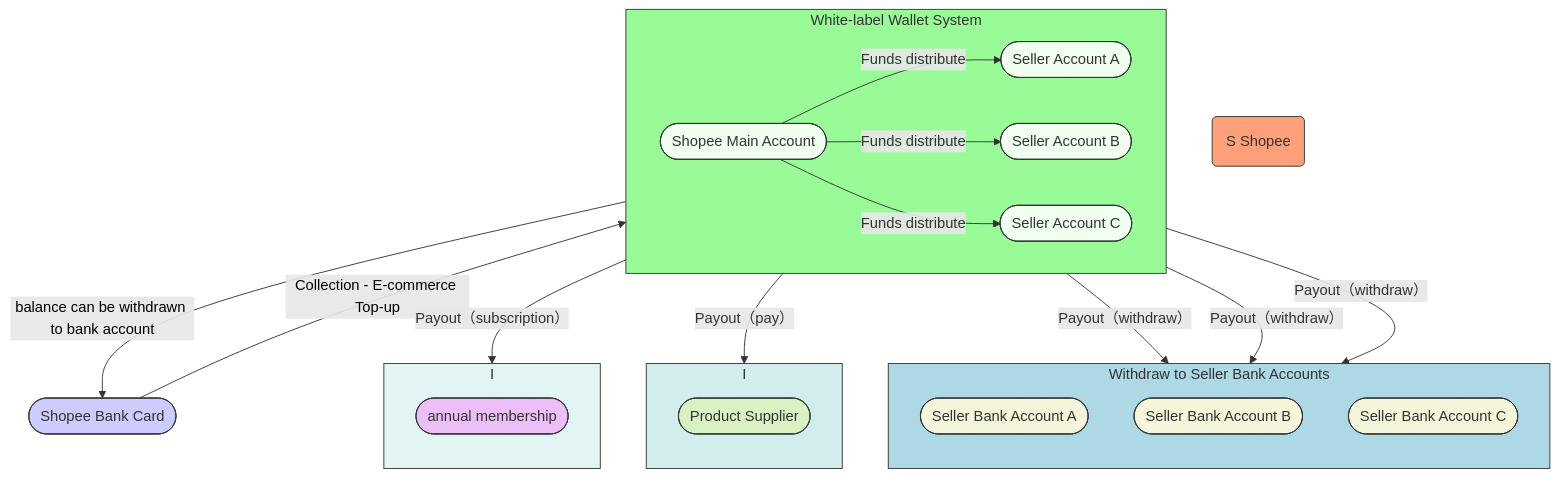
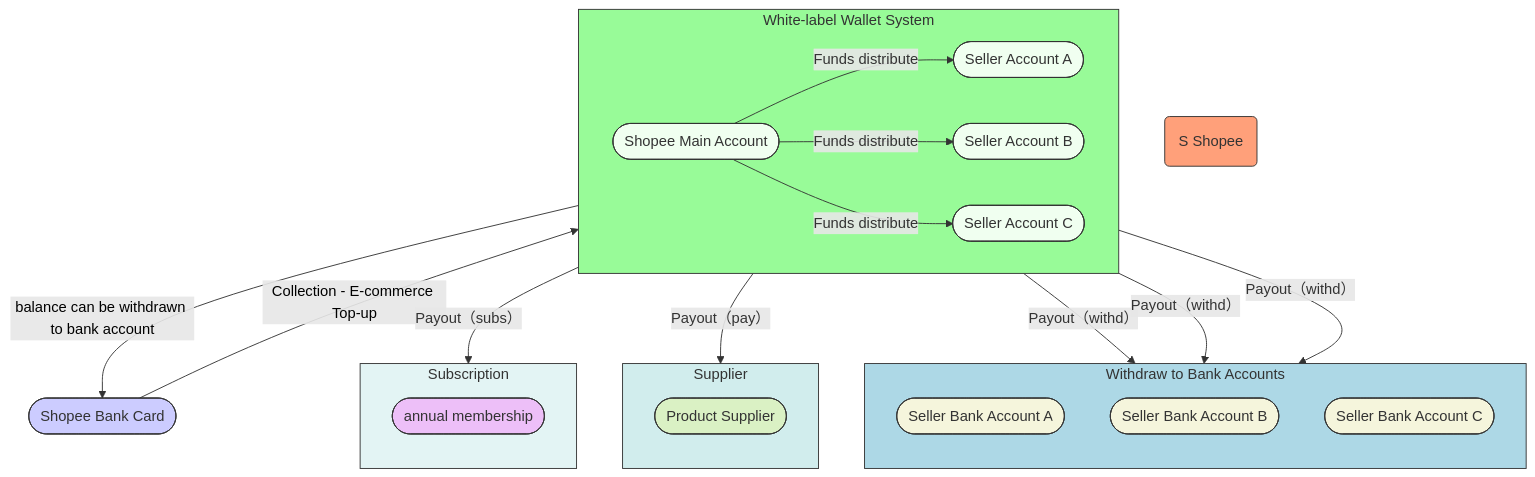
The second of 2 diagrams in README.md (blaire101/data-warehouse-solutions), drawn with Mermaid before and after one commit. The commit also changed other lines of this file, not shown here.

````diff
--- a/README.md
+++ b/README.md
@@ -86,69 +86,69 @@
 ```mermaid
 graph TD
     %% Left side entities - Shopee above Shopee Bank Card
     Shopee(S Shopee)
     style Shopee fill:#FFA07A,stroke:#333,stroke-width:2px %% Adjusted to comfortable orange-yellow
     ShopeeBankCard([Shopee Bank Card])
     style ShopeeBankCard fill:#ccf,stroke:#333,stroke-width:2px %% Keep light blue for the card
 
     %% Central green box - White-label Official Wallet
     subgraph SG_Wallet_T["White-label Wallet System"]
         direction LR %% Internal layout is more left-to-right
         style SG_Wallet_T fill:#98FB98,stroke:#333,stroke-width:2px %% Changed to light green
         SMA([Shopee Main Account])
         style SMA fill:#F0FFF0,stroke:#333,stroke-width:2px %% Keep very pale green
         SA_A([Seller Account A])
         style SA_A fill:#F0FFF0,stroke:#333,stroke-width:2px %% Keep very pale green
         SA_B([Seller Account B])
         style SA_B fill:#F0FFF0,stroke:#333,stroke-width:2px %% Keep very pale green
         SA_C([Seller Account C])
         style SA_C fill:#F0FFF0,stroke:#333,stroke-width:2px %% Keep very pale green
 
         SMA -- "Funds distribute" --> SA_A
         SMA -- "Funds distribute" --> SA_B
         SMA -- "Funds distribute" --> SA_C
         linkStyle 0,1,2 stroke:#333,stroke-width:1px
     end
 
     %% Right blue box - Seller Bank Accounts
-    subgraph SG_SellerBanks["Withdraw to Seller Bank Accounts"]
+    subgraph SG_SellerBanks["Withdraw to Bank Accounts"]
         direction TB %% Internal layout is top-to-bottom
         style SG_SellerBanks fill:#ADD8E6,stroke:#333,stroke-width:2px %% Changed to light blue
         SBA_A([Seller Bank Account A])
         style SBA_A fill:#F5F5DC,stroke:#333,stroke-width:2px %% Keep beige
         SBA_B([Seller Bank Account B])
         style SBA_B fill:#F5F5DC,stroke:#333,stroke-width:2px %% Keep beige
         SBA_C([Seller Bank Account C])
         style SBA_C fill:#F5F5DC,stroke:#333,stroke-width:2px %% Keep beige
     end
 
    %% Right blue box - Seller Product Supplier
-    subgraph SZ_ProductSupplier["I"]
+    subgraph SZ_ProductSupplier["Supplier"]
         direction TB %% Internal layout is top-to-bottom
         style SZ_ProductSupplier fill:#ADD8,stroke:#333,stroke-width:2px %% Changed to light blue
         SPS_A([Product Supplier])
         style SPS_A fill:#FF23,stroke:#333,stroke-width:2px %% Keep beige
     end
 
     %% Right blue box - Seller Annual Subscription Plan
-    subgraph Subs["I"]
+    subgraph Subs["Subscription"]
         direction TB %% Internal layout is top-to-bottom
         style Subs fill:#ADD5,stroke:#333,stroke-width:1px %% Changed to light blue
         SASP_C([annual membership])
         style SASP_C fill:#F5F5,stroke:#333,stroke-width:1px %% Keep beige
     end
 
     %% Connections between main sections
     ShopeeBankCard --> |Collection - E-commerce Top-up| SMA
     linkStyle 3 stroke:#333,stroke-width:1px,color:#000
 
     SMA --> |balance can be withdrawn to bank account| ShopeeBankCard
     linkStyle 4 stroke:#333,stroke-width:1px,color:#000
 
-    SA_A --> |Payout（withdraw）| SBA_A
+    SA_A --> |Payout（withd）| SBA_A
     SA_A --> |Payout（pay）| SPS_A
-    SA_C --> |Payout（subscription）| SASP_C
-    SA_B --> |Payout（withdraw）| SBA_B
-    SA_C --> |Payout（withdraw）| SBA_C
+    SA_C --> |Payout（subs）| SASP_C
+    SA_B --> |Payout（withd）| SBA_B
+    SA_C --> |Payout（withd）| SBA_C
     linkStyle 5,6,7 stroke:#333,stroke-width:1px
 ```
````
